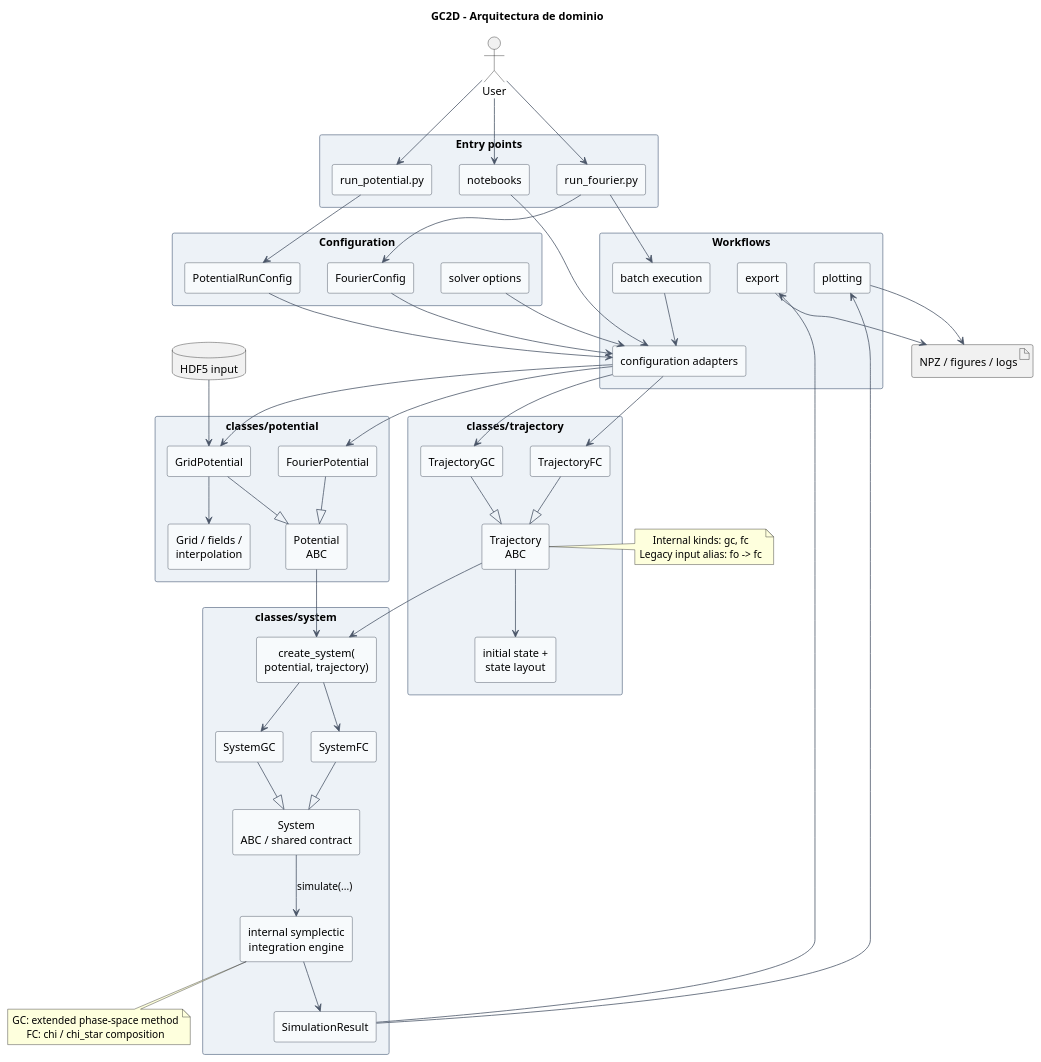
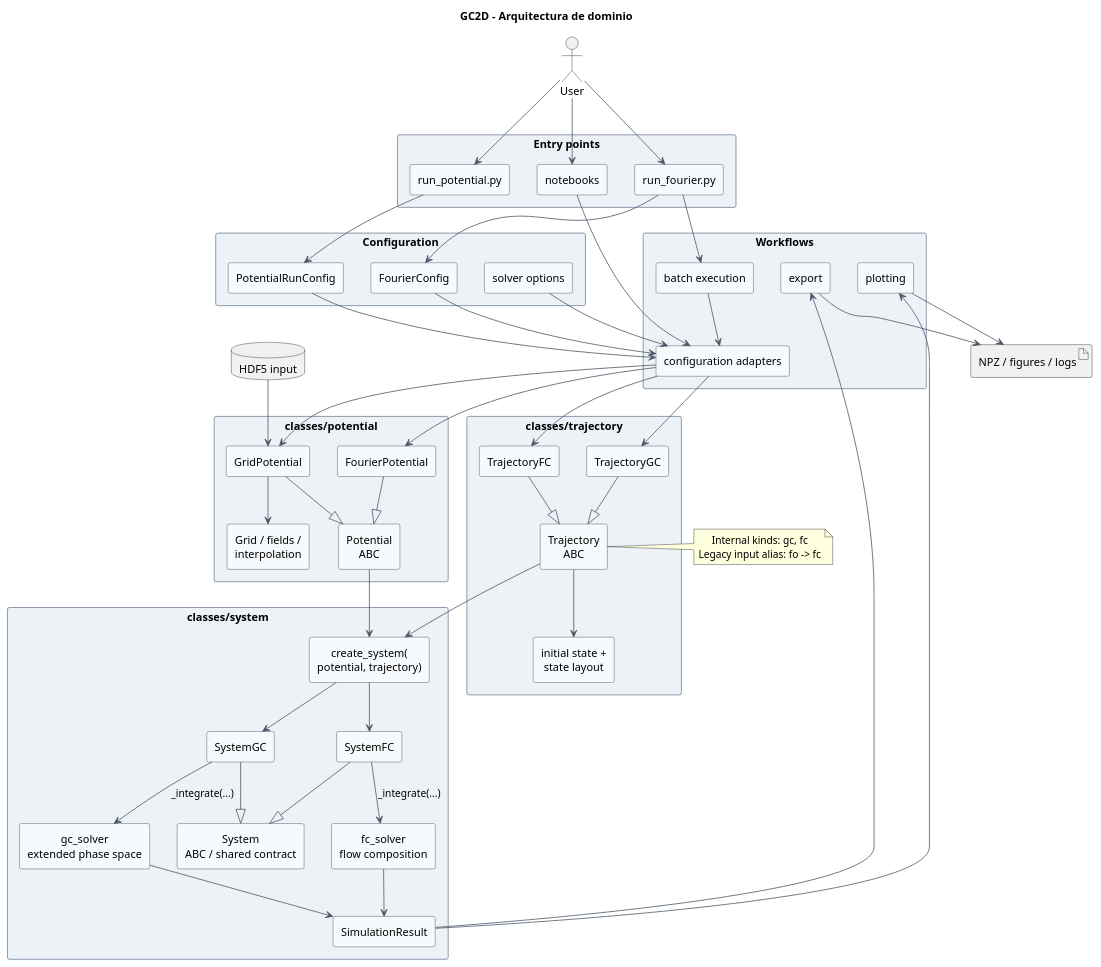
One commit to Jugibe-52/GC2D_intranet changed the diagram in docs/architecture.puml. Above: the diagram before and after it, drawn with PlantUML. The commit also changed 35 other files, not shown here.

```diff
--- a/docs/architecture.puml
+++ b/docs/architecture.puml
@@ -1,110 +1,108 @@
 @startuml GC2D_architecture
 title GC2D - Arquitectura de dominio
 
 skinparam componentStyle rectangle
 skinparam shadowing false
 skinparam packageStyle rectangle
 skinparam defaultTextAlignment center
 skinparam ArrowColor #4A5568
 skinparam ComponentBorderColor #2D3748
 skinparam ComponentBackgroundColor #F7FAFC
 skinparam PackageBorderColor #718096
 skinparam PackageBackgroundColor #EDF2F7
 
 actor User
 
 package "Entry points" {
   component "run_fourier.py" as fourier_cli
   component "run_potential.py" as potential_cli
   component "notebooks" as notebooks
 }
 
 package "Configuration" {
   component "FourierConfig" as fourier_config
   component "PotentialRunConfig" as grid_config
   component "solver options" as solver_config
 }
 
 package "classes/potential" {
   component "Potential\nABC" as potential
   component "FourierPotential" as fourier_potential
   component "GridPotential" as grid_potential
   component "Grid / fields /\ninterpolation" as potential_data
 }
 
 package "classes/trajectory" {
   component "Trajectory\nABC" as trajectory
   component "TrajectoryGC" as trajectory_gc
   component "TrajectoryFC" as trajectory_fc
   component "initial state +\nstate layout" as trajectory_state
 }
 
 package "classes/system" {
   component "create_system(\npotential, trajectory)" as factory
   component "System\nABC / shared contract" as system
   component "SystemGC" as system_gc
   component "SystemFC" as system_fc
-  component "internal symplectic\nintegration engine" as engine
+  component "gc_solver\nextended phase space" as gc_engine
+  component "fc_solver\nflow composition" as fc_engine
   component "SimulationResult" as result
 }
 
 package "Workflows" {
   component "configuration adapters" as adapters
   component "plotting" as plotting
   component "export" as export
   component "batch execution" as batch
 }
 
 database "HDF5 input" as hdf5
 artifact "NPZ / figures / logs" as outputs
 
 User --> fourier_cli
 User --> potential_cli
 User --> notebooks
 fourier_cli --> fourier_config
 potential_cli --> grid_config
 notebooks --> adapters
 fourier_config --> adapters
 grid_config --> adapters
 solver_config --> adapters
 
 adapters --> fourier_potential
 adapters --> grid_potential
 fourier_potential --|> potential
 grid_potential --|> potential
 grid_potential --> potential_data
 hdf5 --> grid_potential
 
 adapters --> trajectory_gc
 adapters --> trajectory_fc
 trajectory_gc --|> trajectory
 trajectory_fc --|> trajectory
 trajectory --> trajectory_state
 
 potential --> factory
 trajectory --> factory
 factory --> system_gc
 factory --> system_fc
 system_gc --|> system
 system_fc --|> system
-system --> engine : simulate(...)
-engine --> result
+system_gc --> gc_engine : _integrate(...)
+system_fc --> fc_engine : _integrate(...)
+gc_engine --> result
+fc_engine --> result
 
 fourier_cli --> batch
 batch --> adapters
 result --> plotting
 result --> export
 plotting --> outputs
 export --> outputs
 
 note right of trajectory
   Internal kinds: gc, fc
   Legacy input alias: fo -> fc
 end note
 
-note bottom of engine
-  GC: extended phase-space method
-  FC: chi / chi_star composition
-end note
-
 @enduml
```
